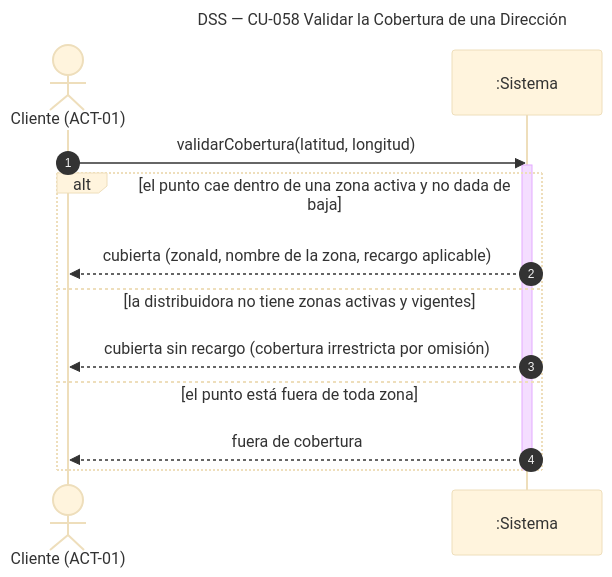
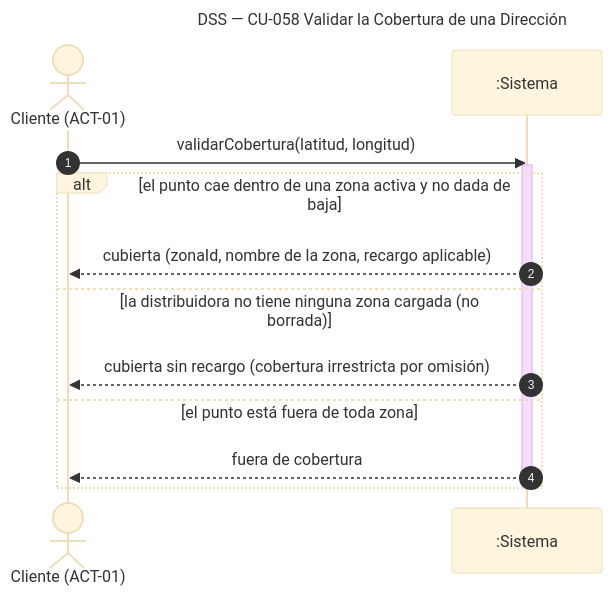
Before and after one commit to Nahuelito-Dev/splg-docs: the diagram in diagramas/DSS_CU-058_Validar-la-Cobertura-de-una-Direccion.mmd, drawn with Mermaid (base theme). The commit also changed 41 other files, not shown here.

```diff
--- a/diagramas/DSS_CU-058_Validar-la-Cobertura-de-una-Direccion.mmd
+++ b/diagramas/DSS_CU-058_Validar-la-Cobertura-de-una-Direccion.mmd
@@ -1,16 +1,16 @@
 sequenceDiagram
     title DSS — CU-058 Validar la Cobertura de una Dirección
     autonumber
     actor CLI as Cliente (ACT-01)
     participant SIS as :Sistema
 
     CLI->>SIS: validarCobertura(latitud, longitud)
     activate SIS
     alt el punto cae dentro de una zona activa y no dada de baja
         SIS-->>CLI: cubierta (zonaId, nombre de la zona, recargo aplicable)
-    else la distribuidora no tiene zonas activas y vigentes
+    else la distribuidora no tiene ninguna zona cargada (no borrada)
         SIS-->>CLI: cubierta sin recargo (cobertura irrestricta por omisión)
     else el punto está fuera de toda zona
         SIS-->>CLI: fuera de cobertura
     end
     deactivate SIS
```
